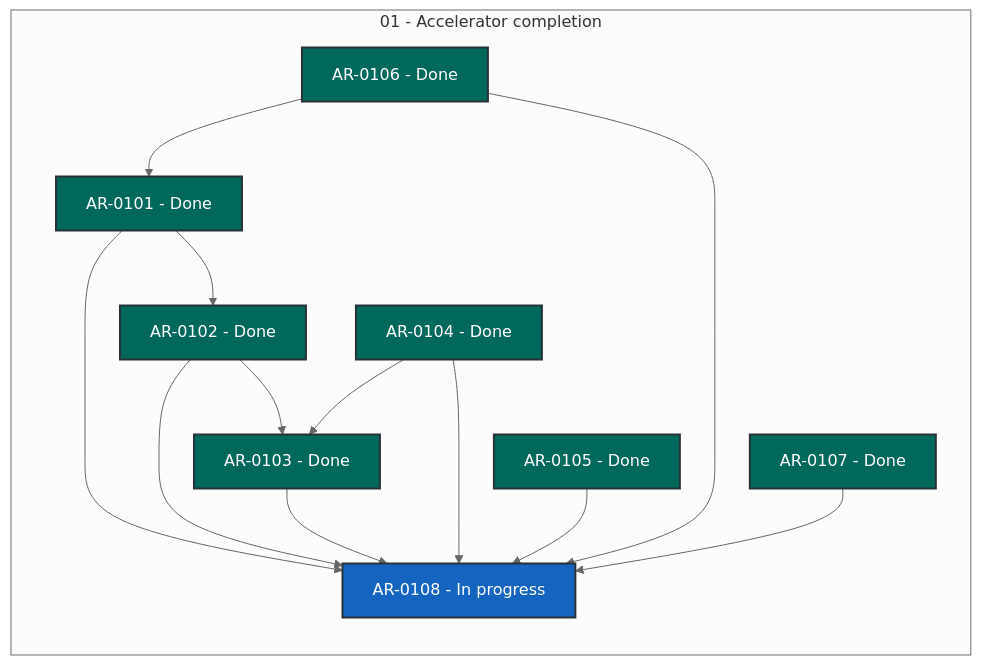
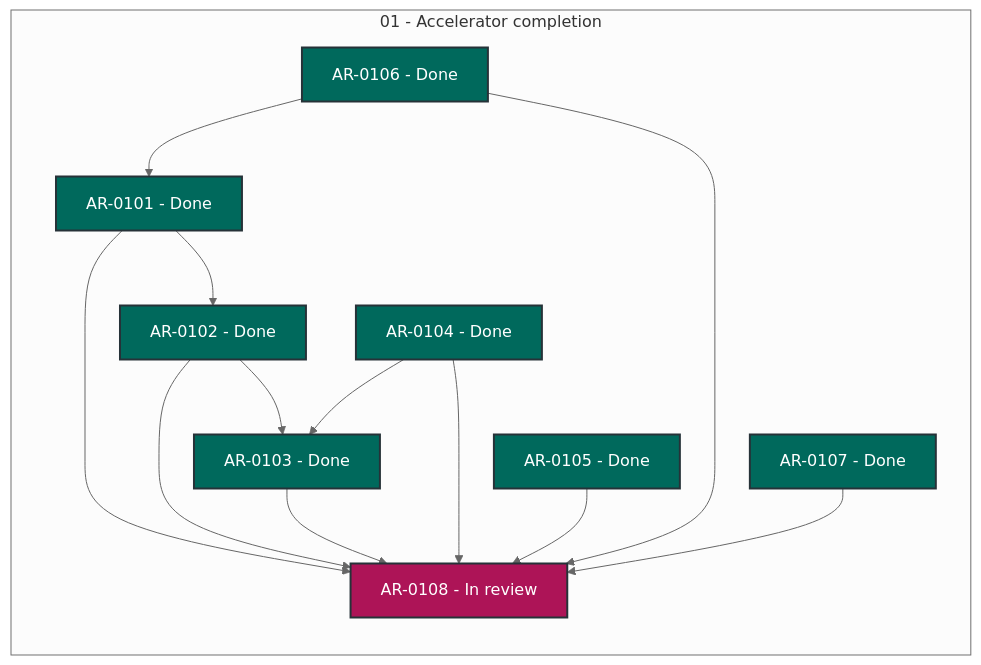
The diagram in coordination/STATUS.md (locutus3009/exgame), drawn with Mermaid (neutral theme) before and after one commit. The commit also changed other lines of this file and 2 other files, not shown here.

````diff
--- a/coordination/STATUS.md
+++ b/coordination/STATUS.md
@@ -28,34 +28,34 @@
 ```mermaid
 flowchart LR
     subgraph series_01["01 - Accelerator completion"]
         direction TB
         AR_0101["AR-0101 - Done"]:::status_done
         AR_0102["AR-0102 - Done"]:::status_done
         AR_0103["AR-0103 - Done"]:::status_done
         AR_0104["AR-0104 - Done"]:::status_done
         AR_0105["AR-0105 - Done"]:::status_done
         AR_0106["AR-0106 - Done"]:::status_done
         AR_0107["AR-0107 - Done"]:::status_done
-        AR_0108["AR-0108 - In progress"]:::status_in_progress
+        AR_0108["AR-0108 - In review"]:::status_in_review
     end
     AR_0101 --> AR_0102
     AR_0101 --> AR_0108
     AR_0102 --> AR_0103
     AR_0102 --> AR_0108
     AR_0103 --> AR_0108
     AR_0104 --> AR_0103
     AR_0104 --> AR_0108
     AR_0105 --> AR_0108
     AR_0106 --> AR_0101
     AR_0106 --> AR_0108
     AR_0107 --> AR_0108
     classDef status_in_progress fill:#1565c0,color:#ffffff,stroke:#263238,stroke-width:2px
     classDef status_in_review fill:#ad1457,color:#ffffff,stroke:#263238,stroke-width:2px
     classDef status_open fill:#2e7d32,color:#ffffff,stroke:#263238,stroke-width:2px
     classDef status_blocked fill:#c62828,color:#ffffff,stroke:#263238,stroke-width:2px
     classDef status_planned fill:#6a1b9a,color:#ffffff,stroke:#263238,stroke-width:2px
     classDef status_future fill:#455a64,color:#ffffff,stroke:#263238,stroke-width:2px
     classDef status_done fill:#00695c,color:#ffffff,stroke:#263238,stroke-width:2px
     classDef status_cancelled fill:#616161,color:#ffffff,stroke:#263238,stroke-width:2px
     classDef status_superseded fill:#5d4037,color:#ffffff,stroke:#263238,stroke-width:2px
 ```
````
